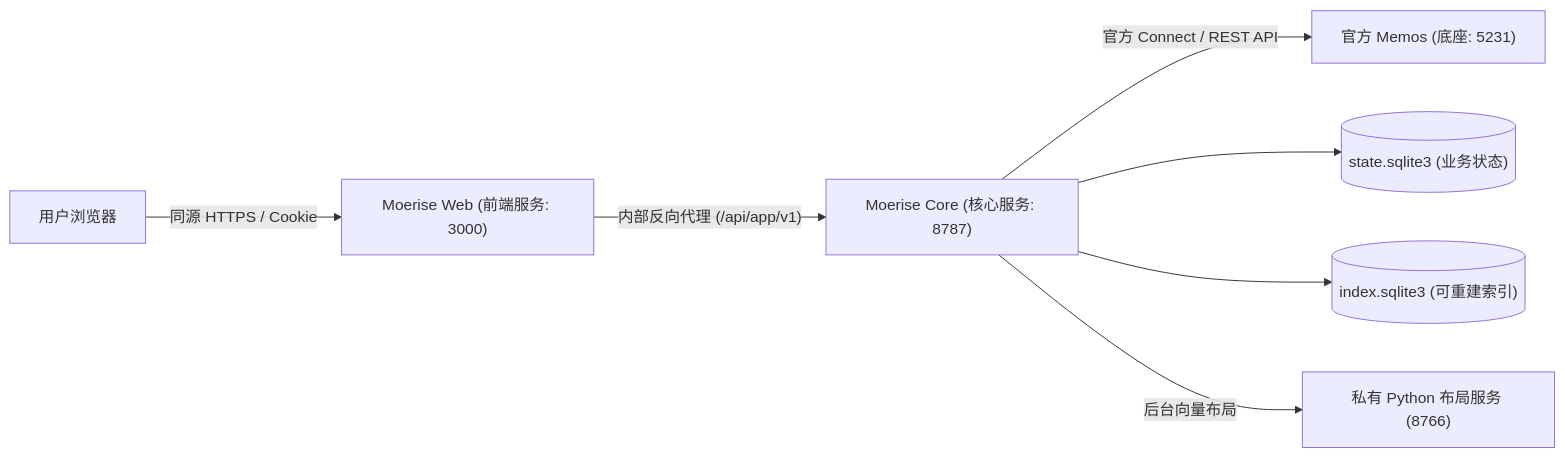
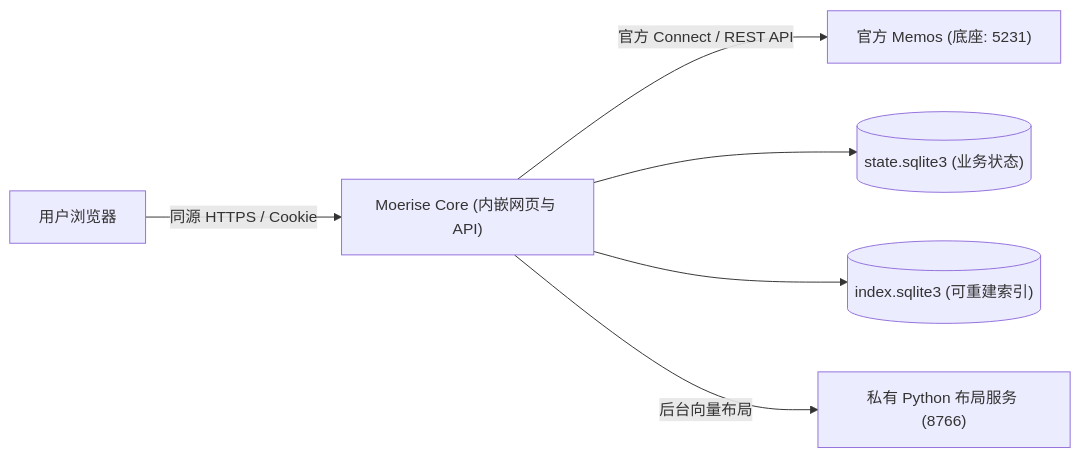
One commit to Fermin214/Moerise changed the diagram in docs/DESIGN.md. Above: the diagram before and after it, drawn with Mermaid. The commit also changed other lines of this file and 288 other files, not shown here.

````diff
--- a/docs/DESIGN.md
+++ b/docs/DESIGN.md
@@ -11,9 +11,8 @@
 ```mermaid
 flowchart LR
-    Browser["用户浏览器"] -->|"同源 HTTPS / Cookie"| Web["Moerise Web (前端服务: 3000)"]
-    Web -->|"内部反向代理 (/api/app/v1)"| Core["Moerise Core (核心服务: 8787)"]
+    Browser["用户浏览器"] -->|"同源 HTTPS / Cookie"| Core["Moerise Core (内嵌网页与 API)"]
     Core -->|"官方 Connect / REST API"| Memos["官方 Memos (底座: 5231)"]
     Core --> State[("state.sqlite3 (业务状态)")]
     Core --> Index[("index.sqlite3 (可重建索引)")]
     Core -->|"后台向量布局"| Layout["私有 Python 布局服务 (8766)"]
 ```
````
